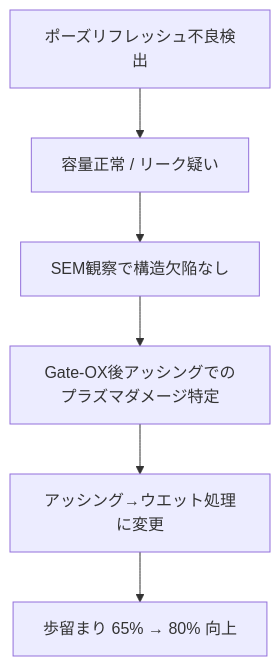
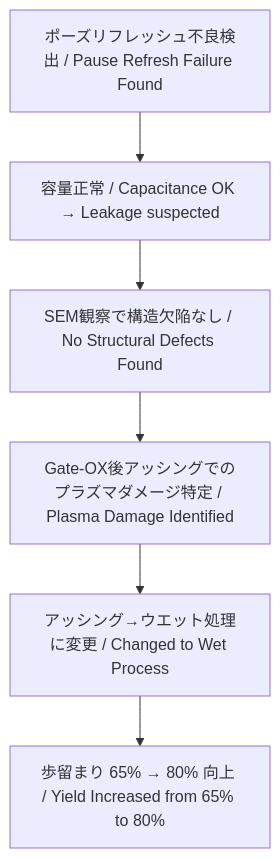
One commit to Samizo-AITL/Edusemi-Plus changed the diagram in archive/in1998/DRAM_Startup_64M_1998.md. Above: the diagram before and after it, drawn with Mermaid. The commit also changed other lines of this file, not shown here.

````diff
--- a/archive/in1998/DRAM_Startup_64M_1998.md
+++ b/archive/in1998/DRAM_Startup_64M_1998.md
@@ -68,8 +70,8 @@
 ```mermaid
 flowchart TB
-    A[ポーズリフレッシュ不良検出] --> B[容量正常 / リーク疑い]
-    B --> C[SEM観察で構造欠陥なし]
-    C --> D[Gate-OX後アッシングでのプラズマダメージ特定]
-    D --> E[アッシング→ウエット処理に変更]
-    E --> F[歩留まり 65% → 80% 向上]
+    A[ポーズリフレッシュ不良検出 / Pause Refresh Failure Found] --> B[容量正常 / Capacitance OK → Leakage suspected]
+    B --> C[SEM観察で構造欠陥なし / No Structural Defects Found]
+    C --> D[Gate-OX後アッシングでのプラズマダメージ特定 / Plasma Damage Identified]
+    D --> E[アッシング→ウエット処理に変更 / Changed to Wet Process]
+    E --> F[歩留まり 65% → 80% 向上 / Yield Increased from 65% to 80%]
 ```
````
